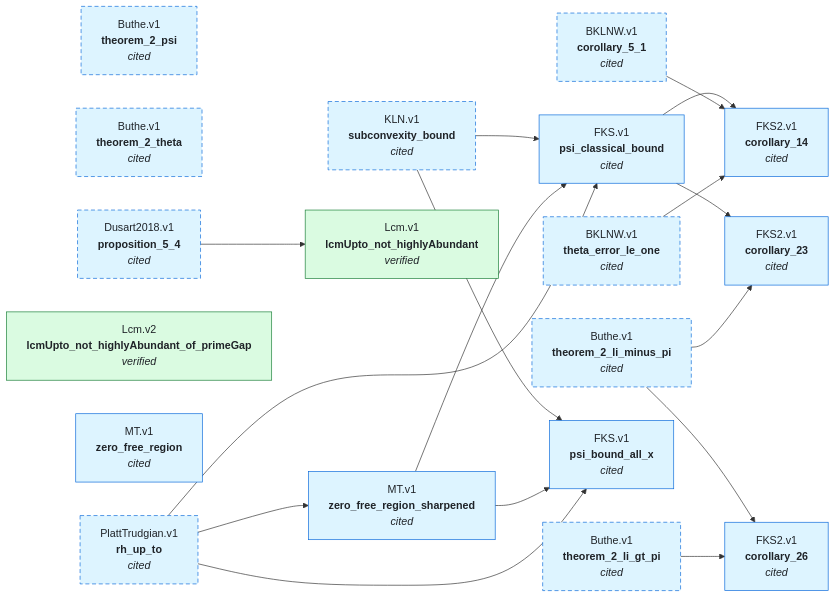
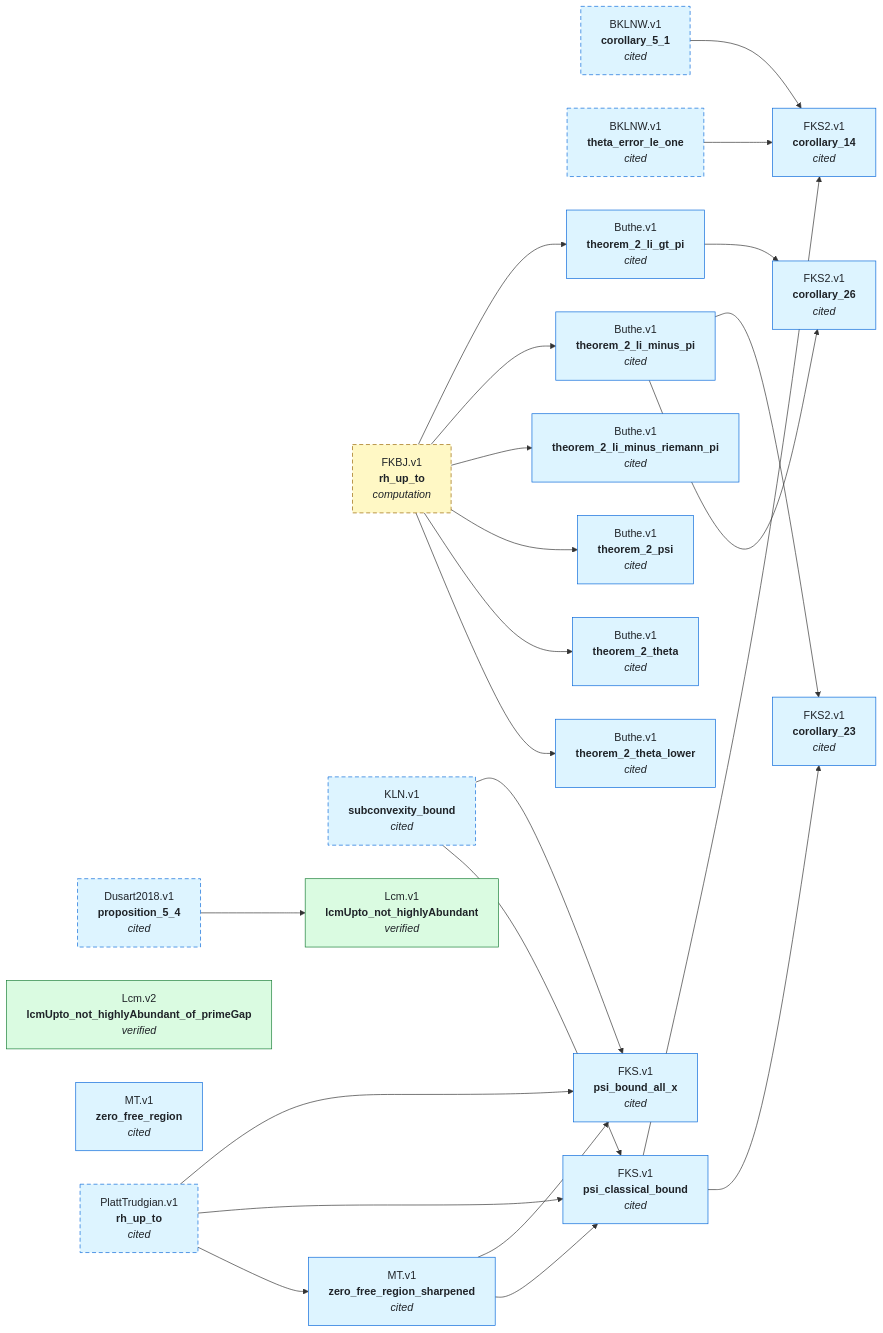
One commit to teorth/IEANTN changed the diagram in GRAPH.md. Above: the diagram before and after it, drawn with Mermaid. The commit also changed other lines of this file and 10 other files, not shown here.

````diff
--- a/GRAPH.md
+++ b/GRAPH.md
@@ -18,49 +18,57 @@
 ```mermaid
 graph LR
   BKLNW_v1_corollary_5_1["BKLNW.v1<br/><b>corollary_5_1</b><br/><i>cited</i>"]
   BKLNW_v1_theta_error_le_one["BKLNW.v1<br/><b>theta_error_le_one</b><br/><i>cited</i>"]
   Buthe_v1_theorem_2_li_gt_pi["Buthe.v1<br/><b>theorem_2_li_gt_pi</b><br/><i>cited</i>"]
   Buthe_v1_theorem_2_li_minus_pi["Buthe.v1<br/><b>theorem_2_li_minus_pi</b><br/><i>cited</i>"]
+  Buthe_v1_theorem_2_li_minus_riemann_pi["Buthe.v1<br/><b>theorem_2_li_minus_riemann_pi</b><br/><i>cited</i>"]
   Buthe_v1_theorem_2_psi["Buthe.v1<br/><b>theorem_2_psi</b><br/><i>cited</i>"]
   Buthe_v1_theorem_2_theta["Buthe.v1<br/><b>theorem_2_theta</b><br/><i>cited</i>"]
+  Buthe_v1_theorem_2_theta_lower["Buthe.v1<br/><b>theorem_2_theta_lower</b><br/><i>cited</i>"]
   Dusart2018_v1_proposition_5_4["Dusart2018.v1<br/><b>proposition_5_4</b><br/><i>cited</i>"]
+  FKBJ_v1_rh_up_to["FKBJ.v1<br/><b>rh_up_to</b><br/><i>computation</i>"]
   FKS_v1_psi_bound_all_x["FKS.v1<br/><b>psi_bound_all_x</b><br/><i>cited</i>"]
   FKS_v1_psi_classical_bound["FKS.v1<br/><b>psi_classical_bound</b><br/><i>cited</i>"]
   FKS2_v1_corollary_14["FKS2.v1<br/><b>corollary_14</b><br/><i>cited</i>"]
   FKS2_v1_corollary_23["FKS2.v1<br/><b>corollary_23</b><br/><i>cited</i>"]
   FKS2_v1_corollary_26["FKS2.v1<br/><b>corollary_26</b><br/><i>cited</i>"]
   KLN_v1_subconvexity_bound["KLN.v1<br/><b>subconvexity_bound</b><br/><i>cited</i>"]
   Lcm_v1_lcmUpto_not_highlyAbundant["Lcm.v1<br/><b>lcmUpto_not_highlyAbundant</b><br/><i>verified</i>"]
   Lcm_v2_lcmUpto_not_highlyAbundant_of_primeGap["Lcm.v2<br/><b>lcmUpto_not_highlyAbundant_of_primeGap</b><br/><i>verified</i>"]
   MT_v1_zero_free_region["MT.v1<br/><b>zero_free_region</b><br/><i>cited</i>"]
   MT_v1_zero_free_region_sharpened["MT.v1<br/><b>zero_free_region_sharpened</b><br/><i>cited</i>"]
   PlattTrudgian_v1_rh_up_to["PlattTrudgian.v1<br/><b>rh_up_to</b><br/><i>cited</i>"]
+  FKBJ_v1_rh_up_to --> Buthe_v1_theorem_2_li_gt_pi
+  FKBJ_v1_rh_up_to --> Buthe_v1_theorem_2_li_minus_pi
+  FKBJ_v1_rh_up_to --> Buthe_v1_theorem_2_li_minus_riemann_pi
+  FKBJ_v1_rh_up_to --> Buthe_v1_theorem_2_psi
+  FKBJ_v1_rh_up_to --> Buthe_v1_theorem_2_theta
+  FKBJ_v1_rh_up_to --> Buthe_v1_theorem_2_theta_lower
   KLN_v1_subconvexity_bound --> FKS_v1_psi_bound_all_x
   MT_v1_zero_free_region_sharpened --> FKS_v1_psi_bound_all_x
   PlattTrudgian_v1_rh_up_to --> FKS_v1_psi_bound_all_x
   KLN_v1_subconvexity_bound --> FKS_v1_psi_classical_bound
   MT_v1_zero_free_region_sharpened --> FKS_v1_psi_classical_bound
   PlattTrudgian_v1_rh_up_to --> FKS_v1_psi_classical_bound
   FKS_v1_psi_classical_bound --> FKS2_v1_corollary_14
   BKLNW_v1_corollary_5_1 --> FKS2_v1_corollary_14
   BKLNW_v1_theta_error_le_one --> FKS2_v1_corollary_14
   FKS_v1_psi_classical_bound --> FKS2_v1_corollary_23
   Buthe_v1_theorem_2_li_minus_pi --> FKS2_v1_corollary_23
   Buthe_v1_theorem_2_li_minus_pi --> FKS2_v1_corollary_26
   Buthe_v1_theorem_2_li_gt_pi --> FKS2_v1_corollary_26
   Dusart2018_v1_proposition_5_4 --> Lcm_v1_lcmUpto_not_highlyAbundant
   PlattTrudgian_v1_rh_up_to --> MT_v1_zero_free_region_sharpened
   style BKLNW_v1_corollary_5_1 stroke-dasharray: 6 4;
   style BKLNW_v1_theta_error_le_one stroke-dasharray: 6 4;
-  style Buthe_v1_theorem_2_li_gt_pi stroke-dasharray: 6 4;
-  style Buthe_v1_theorem_2_li_minus_pi stroke-dasharray: 6 4;
-  style Buthe_v1_theorem_2_psi stroke-dasharray: 6 4;
-  style Buthe_v1_theorem_2_theta stroke-dasharray: 6 4;
   style Dusart2018_v1_proposition_5_4 stroke-dasharray: 6 4;
+  style FKBJ_v1_rh_up_to stroke-dasharray: 6 4;
   style KLN_v1_subconvexity_bound stroke-dasharray: 6 4;
   style PlattTrudgian_v1_rh_up_to stroke-dasharray: 6 4;
   classDef lean_comparator fill:#dafbe1,stroke:#1a7f37,color:#1f2328;
   classDef literature fill:#ddf4ff,stroke:#0969da,color:#1f2328;
+  classDef numerical fill:#fff8c5,stroke:#9a6700,color:#1f2328;
   class Lcm_v1_lcmUpto_not_highlyAbundant,Lcm_v2_lcmUpto_not_highlyAbundant_of_primeGap lean_comparator;
-  class BKLNW_v1_corollary_5_1,BKLNW_v1_theta_error_le_one,Buthe_v1_theorem_2_li_gt_pi,Buthe_v1_theorem_2_li_minus_pi,Buthe_v1_theorem_2_psi,Buthe_v1_theorem_2_theta,Dusart2018_v1_proposition_5_4,FKS_v1_psi_bound_all_x,FKS_v1_psi_classical_bound,FKS2_v1_corollary_14,FKS2_v1_corollary_23,FKS2_v1_corollary_26,KLN_v1_subconvexity_bound,MT_v1_zero_free_region,MT_v1_zero_free_region_sharpened,PlattTrudgian_v1_rh_up_to literature;
+  class BKLNW_v1_corollary_5_1,BKLNW_v1_theta_error_le_one,Buthe_v1_theorem_2_li_gt_pi,Buthe_v1_theorem_2_li_minus_pi,Buthe_v1_theorem_2_li_minus_riemann_pi,Buthe_v1_theorem_2_psi,Buthe_v1_theorem_2_theta,Buthe_v1_theorem_2_theta_lower,Dusart2018_v1_proposition_5_4,FKS_v1_psi_bound_all_x,FKS_v1_psi_classical_bound,FKS2_v1_corollary_14,FKS2_v1_corollary_23,FKS2_v1_corollary_26,KLN_v1_subconvexity_bound,MT_v1_zero_free_region,MT_v1_zero_free_region_sharpened,PlattTrudgian_v1_rh_up_to literature;
+  class FKBJ_v1_rh_up_to numerical;
 ```
````
